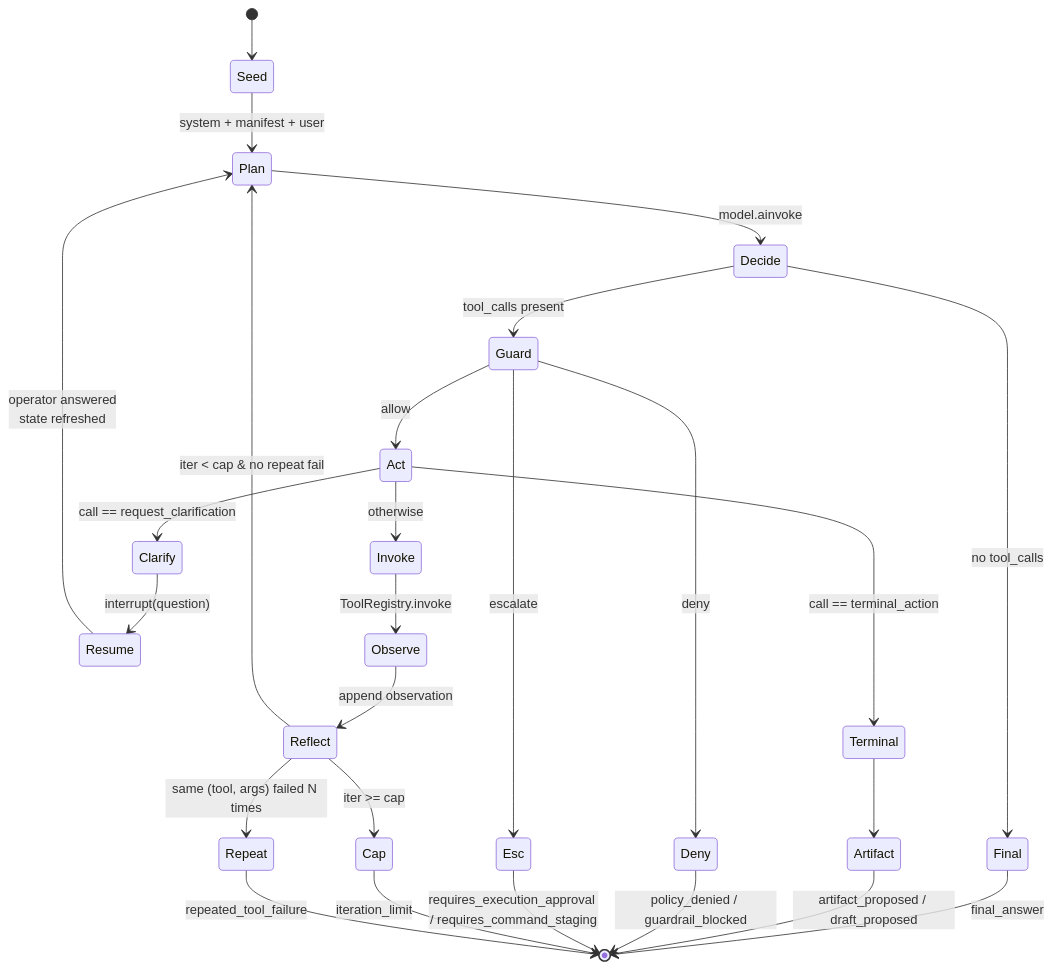
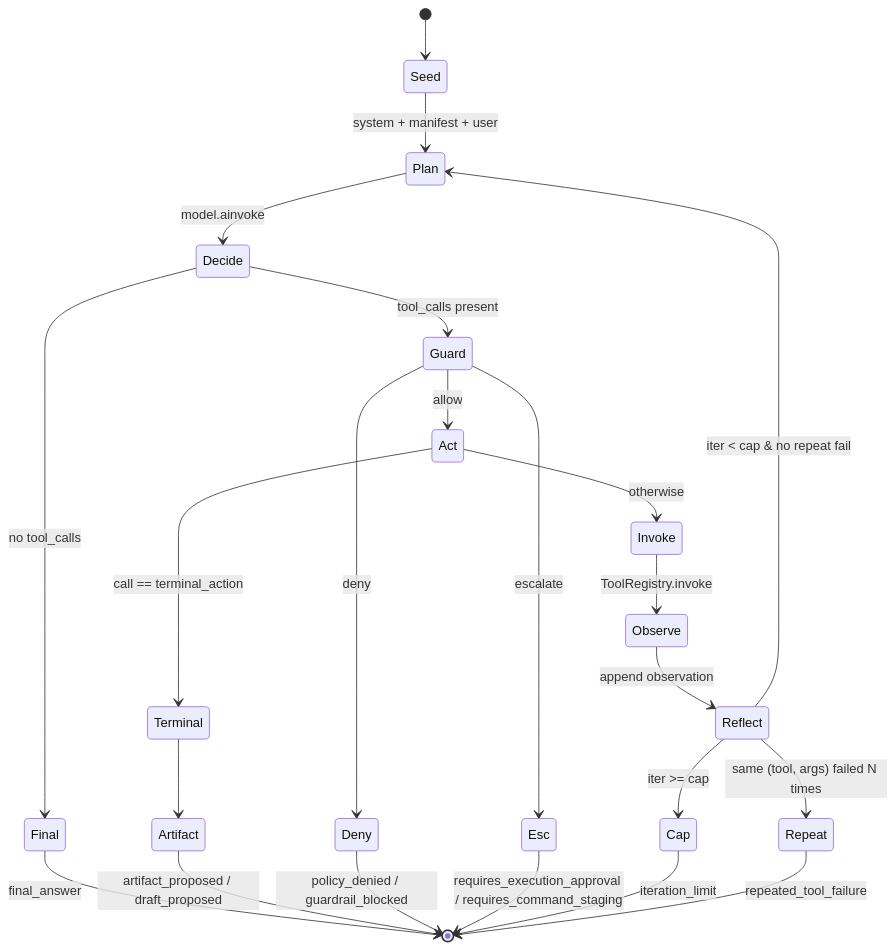
Before and after one commit to vardan6/uxv-agent: the third of 8 diagrams in docs/components/ai-agent/design/graph-spec.md, drawn with Mermaid. The commit also changed other lines of this file and 42 other files, not shown here.

````diff
--- a/docs/components/ai-agent/design/graph-spec.md
+++ b/docs/components/ai-agent/design/graph-spec.md
@@ -132,35 +131,31 @@
 ```mermaid
 stateDiagram-v2
     [*] --> Seed
 
     Seed --> Plan: system + manifest + user
     Plan --> Decide: model.ainvoke
     Decide --> Final: no tool_calls
     Decide --> Guard: tool_calls present
 
     Guard --> Act: allow
     Guard --> Deny: deny
     Guard --> Esc: escalate
 
     Act --> Terminal: call == terminal_action
-    Act --> Clarify: call == request_clarification
     Act --> Invoke: otherwise
-
-    Clarify --> Resume: interrupt(question)
-    Resume --> Plan: operator answered<br/>state refreshed
 
     Invoke --> Observe: ToolRegistry.invoke
     Observe --> Reflect: append observation
     Reflect --> Plan: iter < cap & no repeat fail
     Reflect --> Cap: iter >= cap
     Reflect --> Repeat: same (tool, args) failed N times
 
     Terminal --> Artifact
 
     Final --> [*]: final_answer
     Artifact --> [*]: artifact_proposed / draft_proposed
     Deny --> [*]: policy_denied / guardrail_blocked
     Esc --> [*]: requires_execution_approval / requires_command_staging
     Cap --> [*]: iteration_limit
     Repeat --> [*]: repeated_tool_failure
 ```
````
